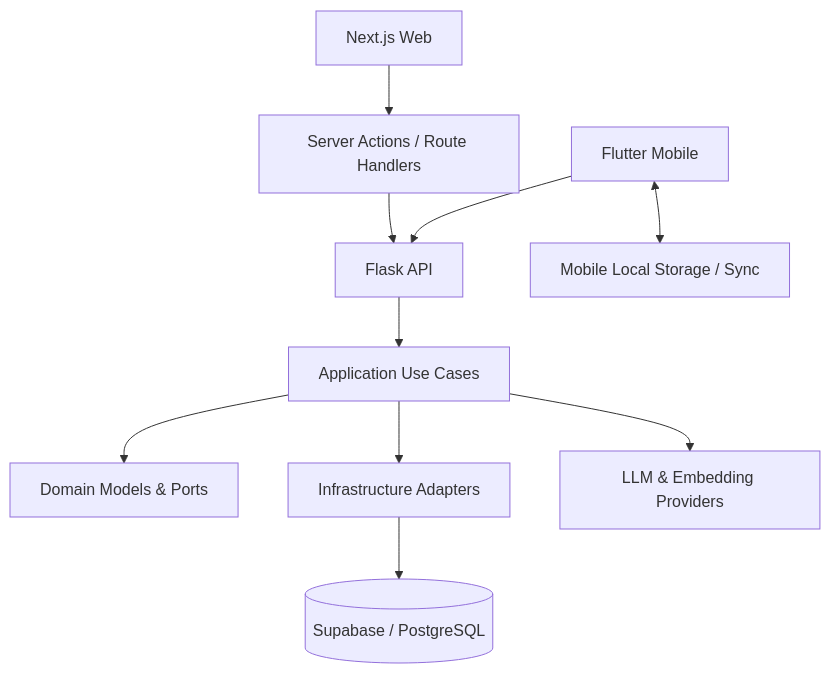
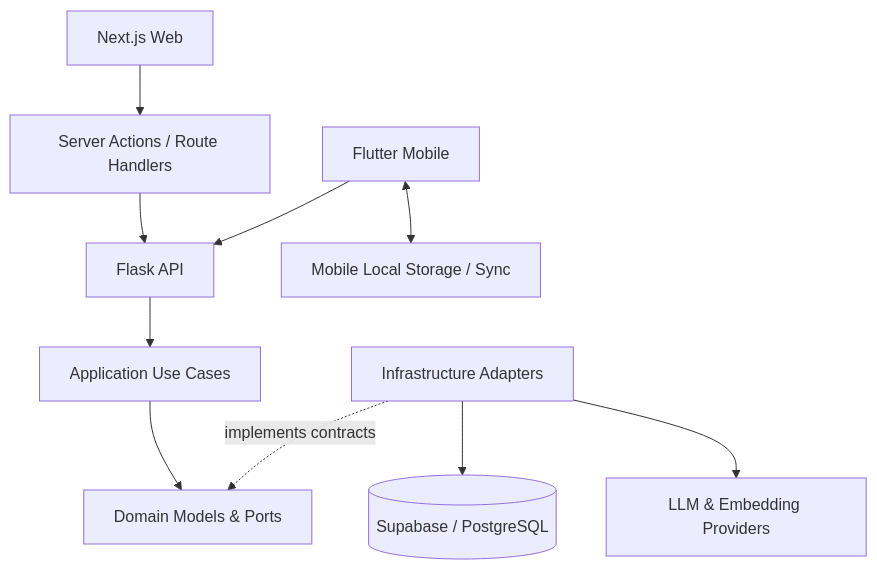
The diagram in docs/ARCHITECTURE.md (akifkeklik/book-ai-app), drawn with Mermaid before and after one commit. The commit also changed 1 other file, not shown here.

Commit message:
docs: clarify clean architecture dependency direction

```diff
--- a/docs/ARCHITECTURE.md
+++ b/docs/ARCHITECTURE.md
@@ -15,23 +15,23 @@
 ~~~mermaid
 flowchart TB
     WEB["Next.js Web"]
     MOBILE["Flutter Mobile"]
     WEB_SERVER["Server Actions / Route Handlers"]
     API["Flask API"]
     DOMAIN["Domain Models & Ports"]
     APP["Application Use Cases"]
     INFRA["Infrastructure Adapters"]
     SUPA[("Supabase / PostgreSQL")]
     LLM["LLM & Embedding Providers"]
     OUTBOX["Mobile Local Storage / Sync"]
 
     WEB --> WEB_SERVER
     WEB_SERVER --> API
     MOBILE --> API
     MOBILE <--> OUTBOX
     API --> APP
     APP --> DOMAIN
-    APP --> INFRA
+    INFRA -. implements contracts .-> DOMAIN
     INFRA --> SUPA
-    APP --> LLM
+    INFRA --> LLM
 ~~~
```
